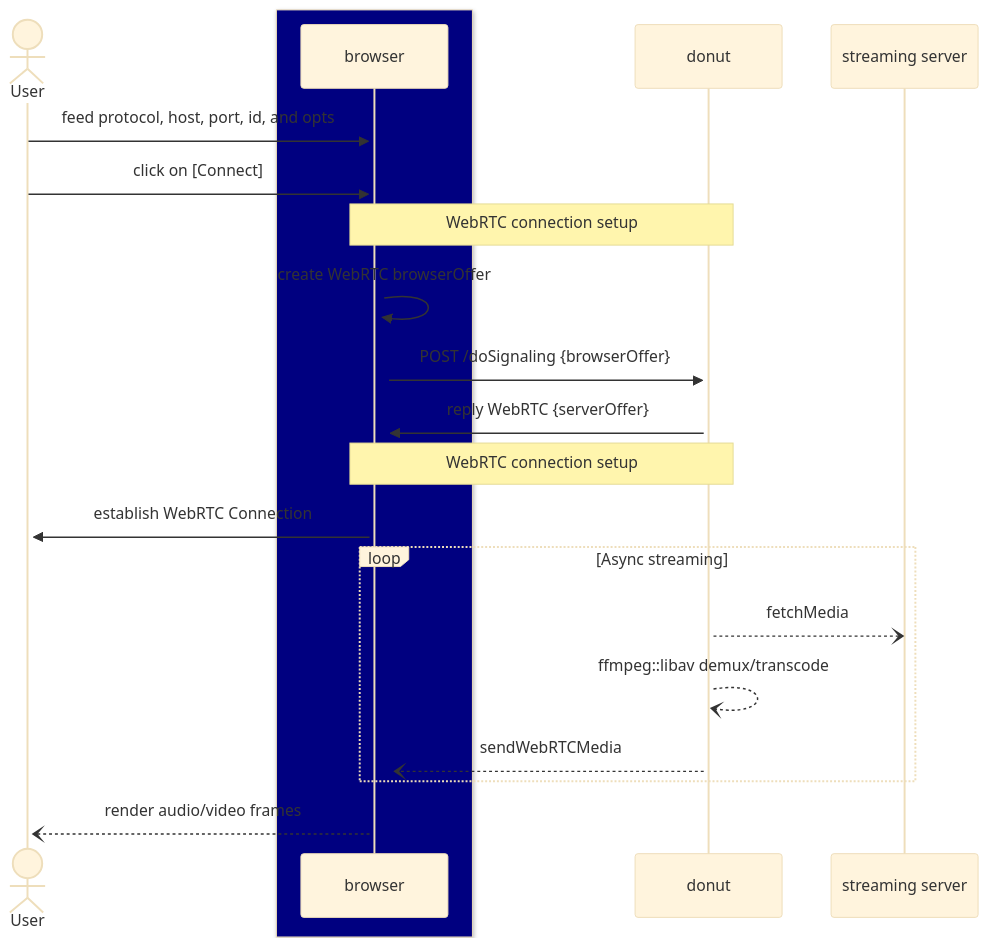
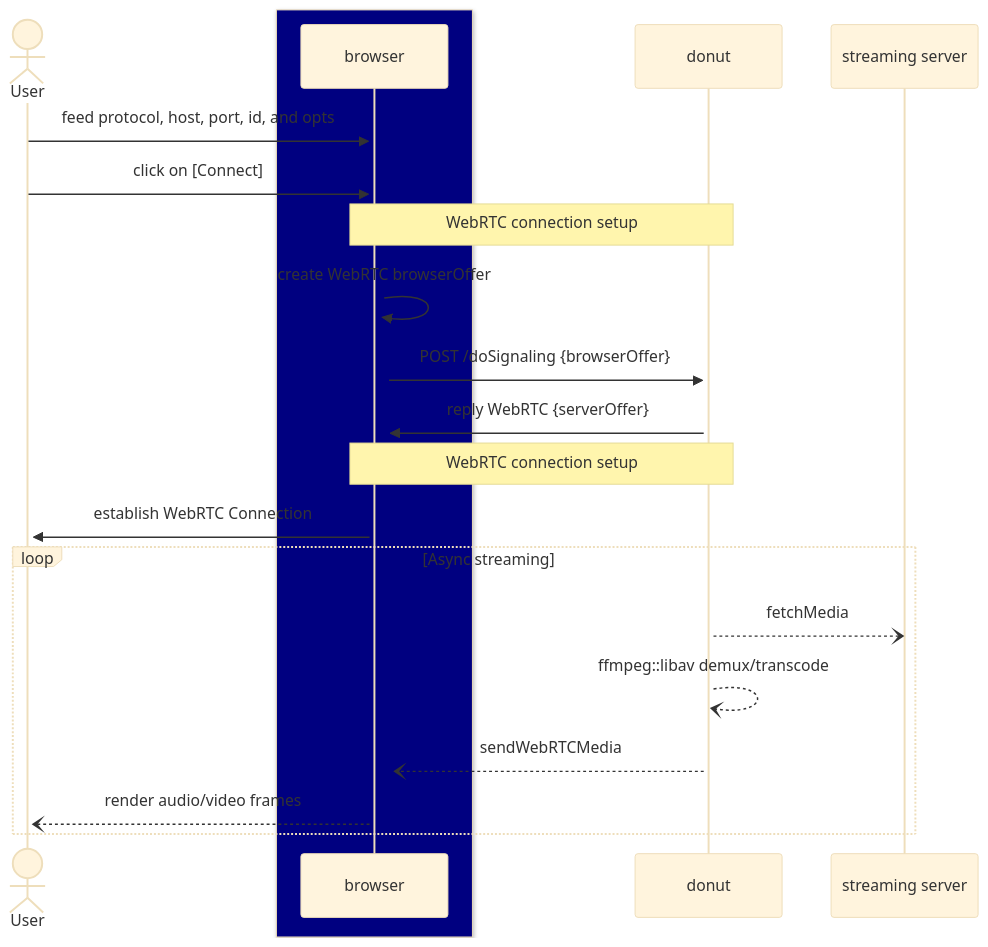
Before and after one commit to flavioribeiro/donut: the first of 2 diagrams in HOW_IT_WORKS.md, drawn with Mermaid (base theme).

Commit message:
include browser in the async loop

````diff
--- a/HOW_IT_WORKS.md
+++ b/HOW_IT_WORKS.md
@@ -3,30 +3,29 @@
 ```mermaid
 sequenceDiagram
     actor User
 
     box Navy
         participant browser
     end
 
     User->>+browser: feed protocol, host, port, id, and opts
     User->>+browser: click on [Connect]
     
     Note over donut,browser: WebRTC connection setup
     
     browser->>+browser: create WebRTC browserOffer
     browser->>+donut: POST /doSignaling {browserOffer}
 
     donut->>+browser: reply WebRTC {serverOffer}
 
     Note over donut,browser: WebRTC connection setup
 
     browser->>+User: establish WebRTC Connection
 
     loop Async streaming
         donut--)streaming server: fetchMedia
         donut--)donut: ffmpeg::libav demux/transcode
         donut--)browser: sendWebRTCMedia
+        browser--)User: render audio/video frames
     end
-    
-    browser--)User: render audio/video frames
 ```
````
